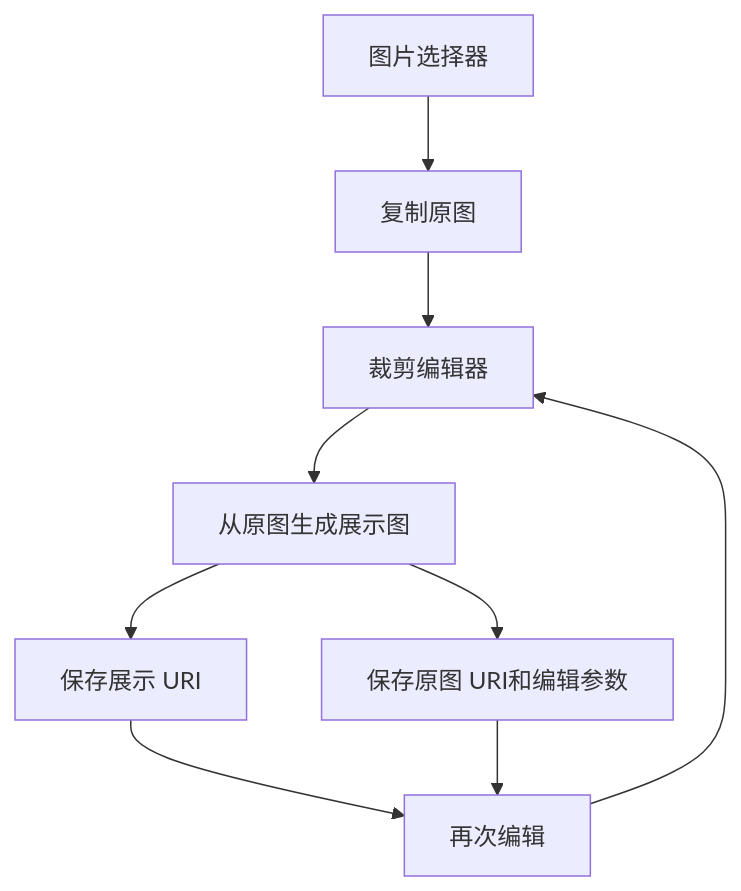
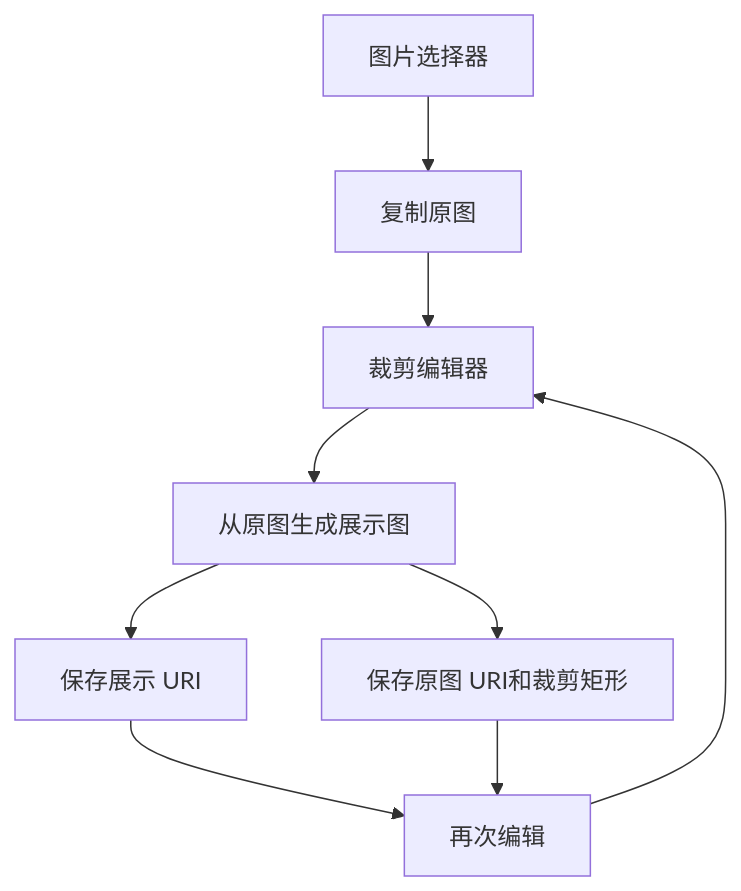
The diagram in .monkeycode/specs/original-image-recrop/design.md (MCxingX/MemoriaBox), drawn with Mermaid before and after one commit. The commit also changed other lines of this file and 3 other files, not shown here.

````diff
--- a/.monkeycode/specs/original-image-recrop/design.md
+++ b/.monkeycode/specs/original-image-recrop/design.md
@@ -12,11 +14,11 @@
 ```mermaid
 flowchart TD
     A[图片选择器] --> B[复制原图]
     B --> C[裁剪编辑器]
     C --> D[从原图生成展示图]
     D --> E[保存展示 URI]
-    D --> F[保存原图 URI和编辑参数]
+    D --> F[保存原图 URI和裁剪矩形]
     E --> G[再次编辑]
     F --> G
     G --> C
 ```
````
